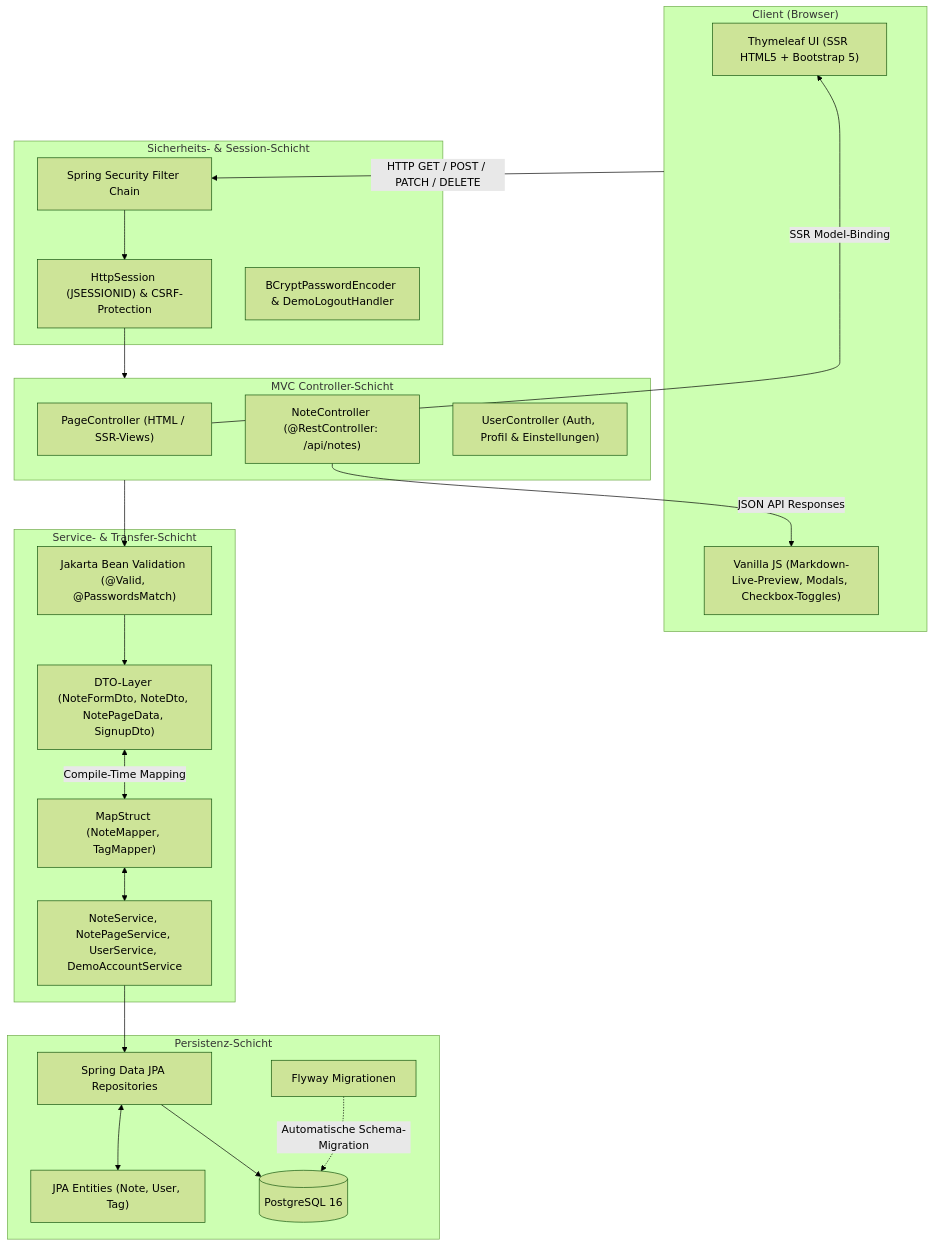
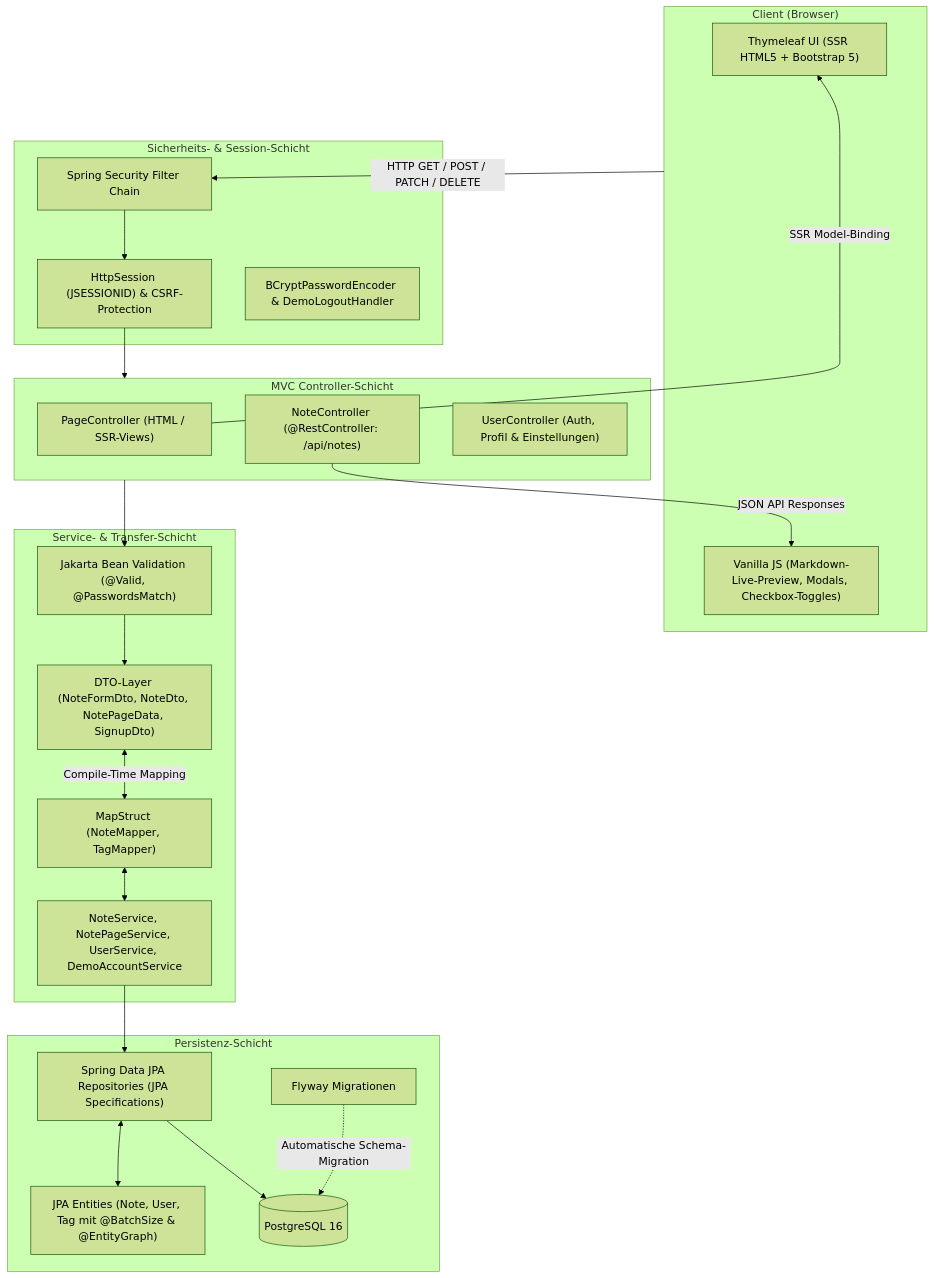
The diagram in README.md (melina-danhier/notes-web), drawn with Mermaid (forest theme) before and after one commit. The commit also changed other lines of this file, not shown here.

Commit message:
docs: overhaul README with user journey, tech highlights, demo constraints, and project comparison

````diff
--- a/README.md
+++ b/README.md
@@ -36,47 +158,47 @@
 ```mermaid
 flowchart TD
     subgraph Client["Client (Browser)"]
         UI["Thymeleaf UI (SSR HTML5 + Bootstrap 5)"]
         JS["Vanilla JS (Markdown-Live-Preview, Modals, Checkbox-Toggles)"]
     end
 
     subgraph Security["Sicherheits- & Session-Schicht"]
         Filter["Spring Security Filter Chain"]
         Session["HttpSession (JSESSIONID) & CSRF-Protection"]
         AuthManager["BCryptPasswordEncoder & DemoLogoutHandler"]
     end
 
     subgraph Controller["MVC Controller-Schicht"]
         PC["PageController (HTML / SSR-Views)"]
         NC["NoteController (@RestController: /api/notes)"]
         UC["UserController (Auth, Profil & Einstellungen)"]
     end
 
     subgraph Service["Service- & Transfer-Schicht"]
         Validation["Jakarta Bean Validation (@Valid, @PasswordsMatch)"]
         DTO["DTO-Layer (NoteFormDto, NoteDto, NotePageData, SignupDto)"]
         Mapper["MapStruct (NoteMapper, TagMapper)"]
         Services["NoteService, NotePageService, UserService, DemoAccountService"]
     end
 
     subgraph Persistence["Persistenz-Schicht"]
-        Repo["Spring Data JPA Repositories"]
-        Entities["JPA Entities (Note, User, Tag)"]
+        Repo["Spring Data JPA Repositories (JPA Specifications)"]
+        Entities["JPA Entities (Note, User, Tag mit @BatchSize & @EntityGraph)"]
         Flyway["Flyway Migrationen"]
         DB[("PostgreSQL 16")]
     end
 
     Client -->|HTTP GET / POST / PATCH / DELETE| Filter
     Filter --> Session
     Session --> Controller
     PC -->|SSR Model-Binding| UI
     NC -->|JSON API Responses| JS
     Controller --> Validation
     Validation --> DTO
     DTO <-->|Compile-Time Mapping| Mapper
     Mapper <--> Services
     Services --> Repo
     Repo <--> Entities
     Repo --> DB
     Flyway -.->|Automatische Schema-Migration| DB
 ```
````
